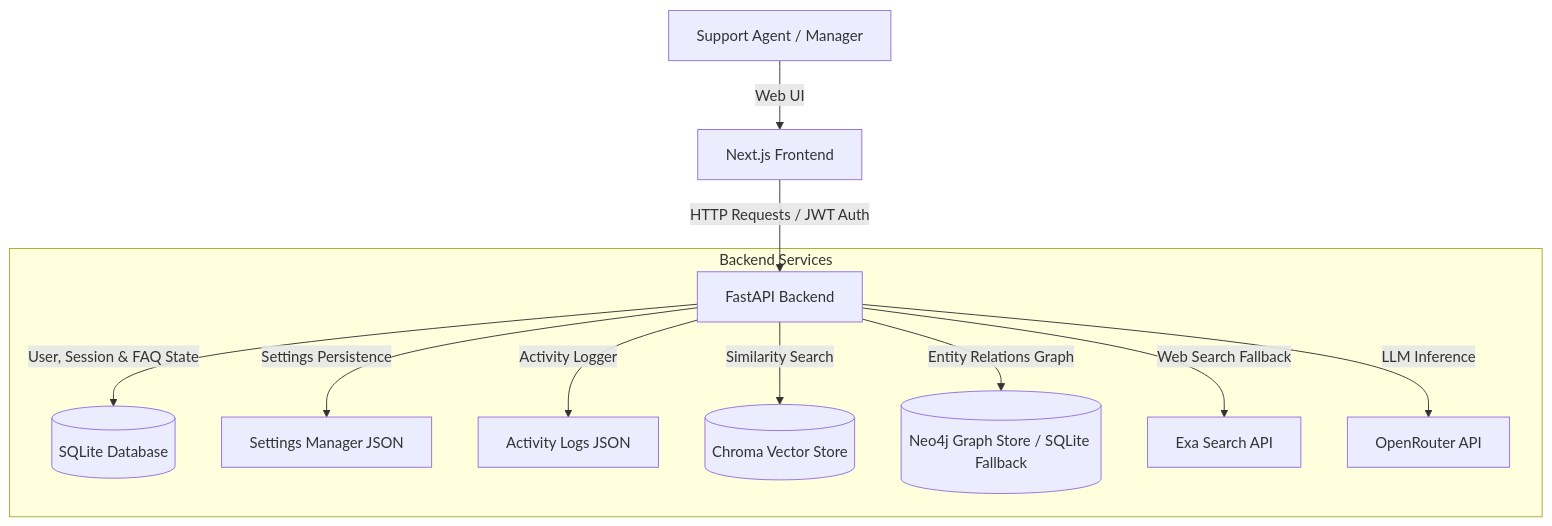
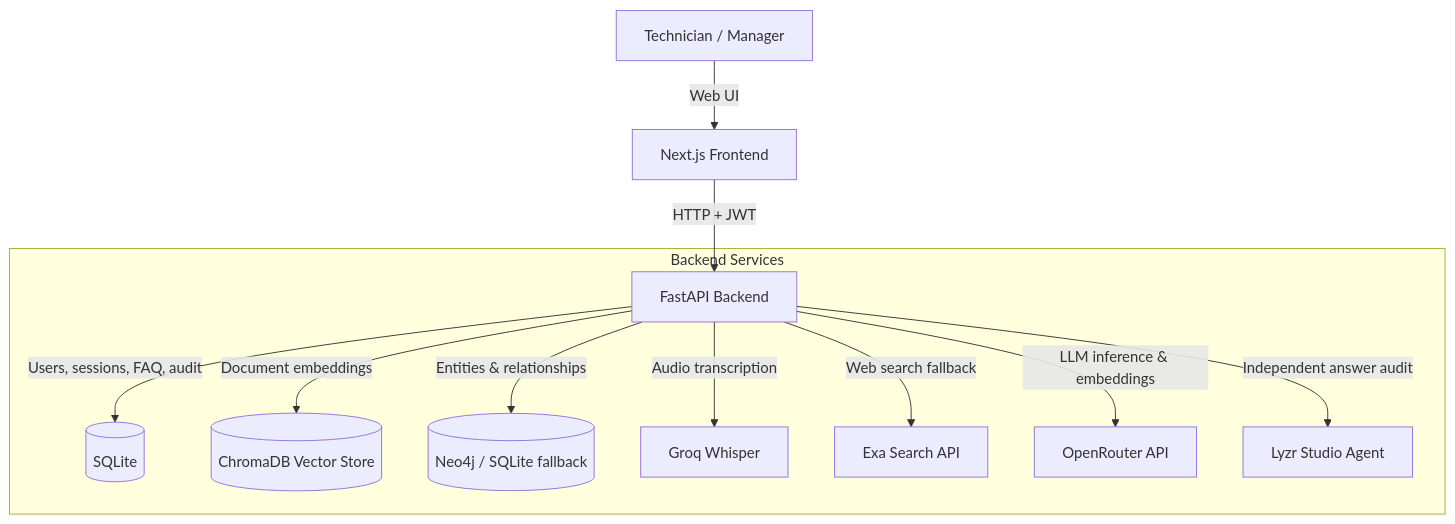
The second of 2 diagrams in README.md (johnpradeep06/Kairo), drawn with Mermaid before and after one commit. The commit also changed other lines of this file, not shown here.

````diff
--- a/README.md
+++ b/README.md
@@ -11,15 +93,15 @@
 ```mermaid
 graph TD
-    User[Support Agent / Manager] -->|Web UI| FE[Next.js Frontend]
-    FE -->|HTTP Requests / JWT Auth| BE[FastAPI Backend]
-    
+    User[Technician / Manager] -->|Web UI| FE[Next.js Frontend]
+    FE -->|HTTP + JWT| BE[FastAPI Backend]
+
     subgraph Backend Services
-        BE -->|User, Session & FAQ State| DB[(SQLite Database)]
-        BE -->|Settings Persistence| SM[Settings Manager JSON]
-        BE -->|Activity Logger| AL[Activity Logs JSON]
-        BE -->|Similarity Search| VS[(Chroma Vector Store)]
-        BE -->|Entity Relations Graph| KG[(Neo4j Graph Store / SQLite Fallback)]
-        BE -->|Web Search Fallback| Exa[Exa Search API]
-        BE -->|LLM Inference| OR[OpenRouter API]
+        BE -->|Users, sessions, FAQ, audit| DB[(SQLite)]
+        BE -->|Document embeddings| VS[(ChromaDB Vector Store)]
+        BE -->|Entities & relationships| KG[(Neo4j / SQLite fallback)]
+        BE -->|Audio transcription| Groq[Groq Whisper]
+        BE -->|Web search fallback| Exa[Exa Search API]
+        BE -->|LLM inference & embeddings| OR[OpenRouter API]
+        BE -->|Independent answer audit| Lyzr[Lyzr Studio Agent]
     end
 ```
````
